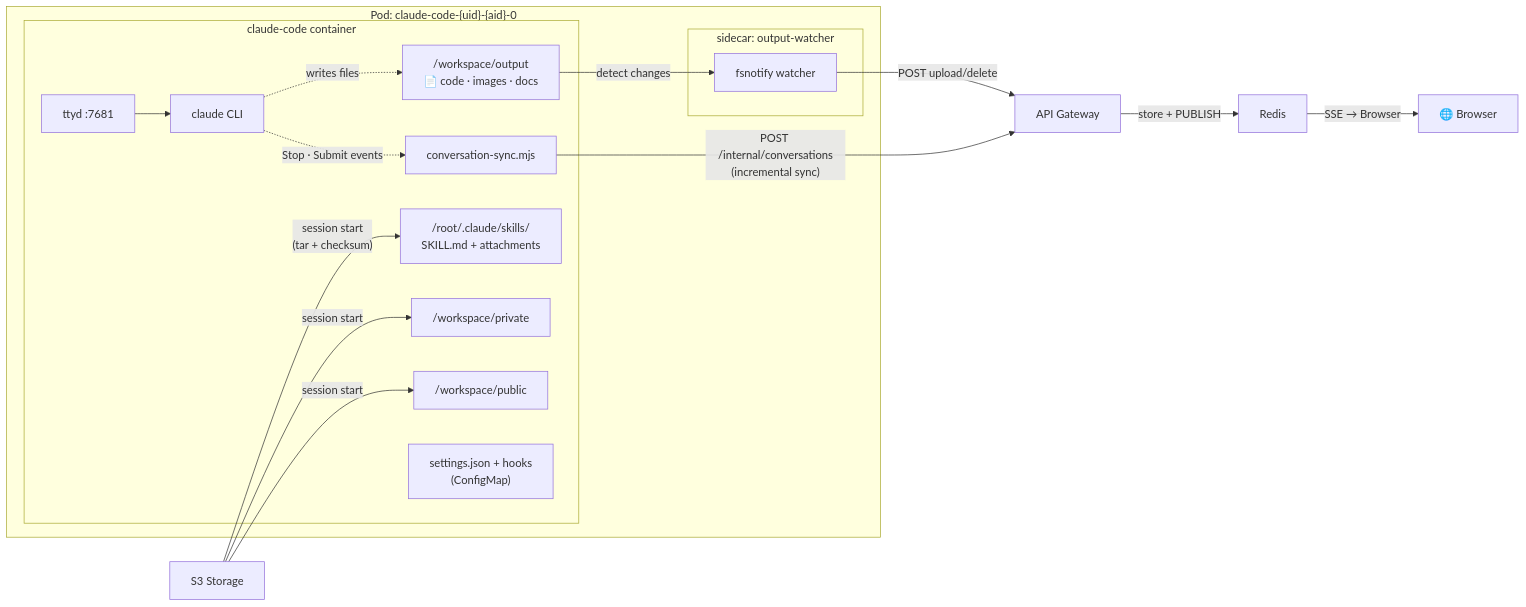
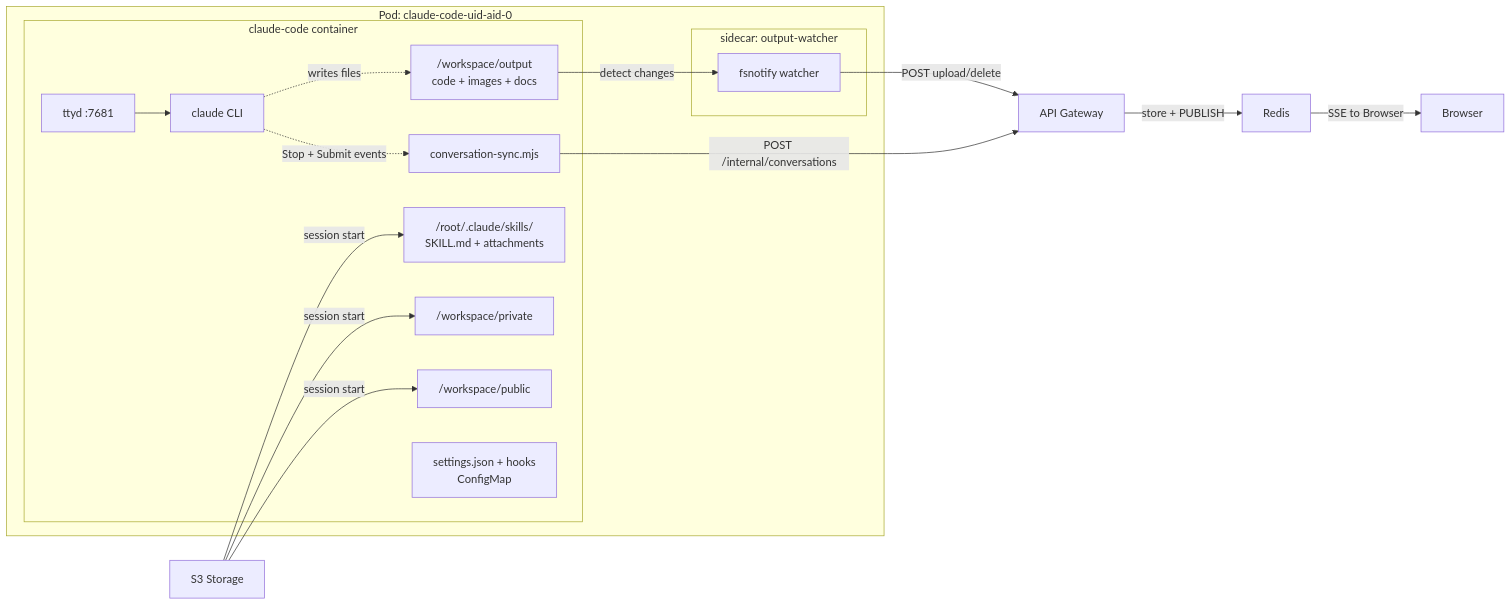
Before and after one commit to aireet/sac: the second of 2 diagrams in README.md, drawn with Mermaid. The commit also changed other lines of this file and 1 other file, not shown here.

First line of the commit message:
fix(docs): make mermaid diagrams compatible with v9.1.3

````diff
--- a/README.md
+++ b/README.md
@@ -80,28 +81,28 @@
 ```mermaid
 graph LR
-    subgraph Pod["Pod: claude-code-{uid}-{aid}-0"]
+    subgraph Pod["Pod: claude-code-uid-aid-0"]
         subgraph Main["claude-code container"]
             ttyd["ttyd :7681"] --> claude["claude CLI"]
             Hook["conversation-sync.mjs"]
             Private["/workspace/private"]
             Public["/workspace/public"]
-            Output["/workspace/output<br/>📄 code · images · docs"]
+            Output["/workspace/output<br/>code + images + docs"]
             Skills["/root/.claude/skills/<br/>SKILL.md + attachments"]
-            Settings["settings.json + hooks<br/>(ConfigMap)"]
+            Settings["settings.json + hooks<br/>ConfigMap"]
         end
         subgraph Sidecar["sidecar: output-watcher"]
             Watcher["fsnotify watcher"]
         end
     end
 
     claude -.->|"writes files"| Output
-    claude -.->|"Stop · Submit events"| Hook
-    Hook -->|"POST /internal/conversations<br/>(incremental sync)"| API["API Gateway"]
-    S3["S3 Storage"] -->|"session start<br/>(tar + checksum)"| Skills
+    claude -.->|"Stop + Submit events"| Hook
+    Hook -->|"POST /internal/conversations"| API["API Gateway"]
+    S3["S3 Storage"] -->|"session start"| Skills
     S3 -->|"session start"| Private
     S3 -->|"session start"| Public
     Output -->|"detect changes"| Watcher
     Watcher -->|"POST upload/delete"| API
     API -->|"store + PUBLISH"| Redis["Redis"]
-    Redis -->|"SSE → Browser"| Browser["🌐 Browser"]
+    Redis -->|"SSE to Browser"| Browser["Browser"]
 ```
````
